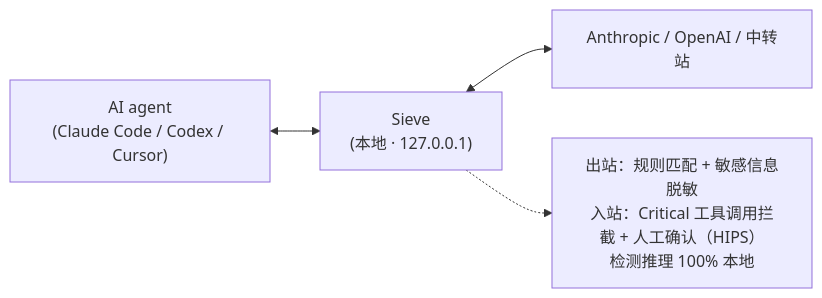
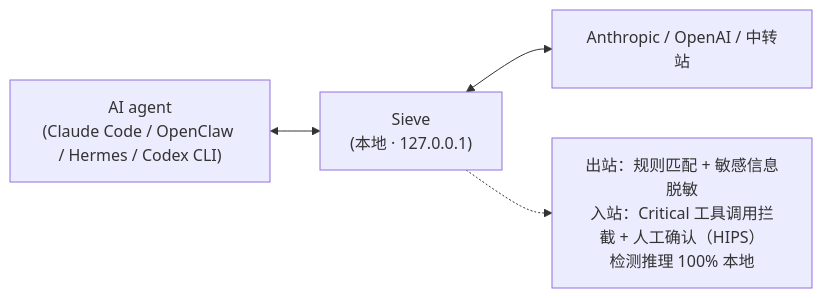
The diagram in README.zh-CN.md (SieveAI-dev/sieve), drawn with Mermaid before and after one commit. The commit also changed other lines of this file and 162 other files, not shown here.

````diff
--- a/README.zh-CN.md
+++ b/README.zh-CN.md
@@ -13,6 +13,6 @@
 ```mermaid
 flowchart LR
-    A["AI agent<br/>(Claude Code / Codex / Cursor)"] <--> S["Sieve<br/>(本地 · 127.0.0.1)"]
+    A["AI agent<br/>(Claude Code / OpenClaw / Hermes / Codex CLI)"] <--> S["Sieve<br/>(本地 · 127.0.0.1)"]
     S <--> U["Anthropic / OpenAI / 中转站"]
     S -.-> D["出站：规则匹配 + 敏感信息脱敏<br/>入站：Critical 工具调用拦截 + 人工确认（HIPS）<br/>检测推理 100% 本地"]
 ```
````
